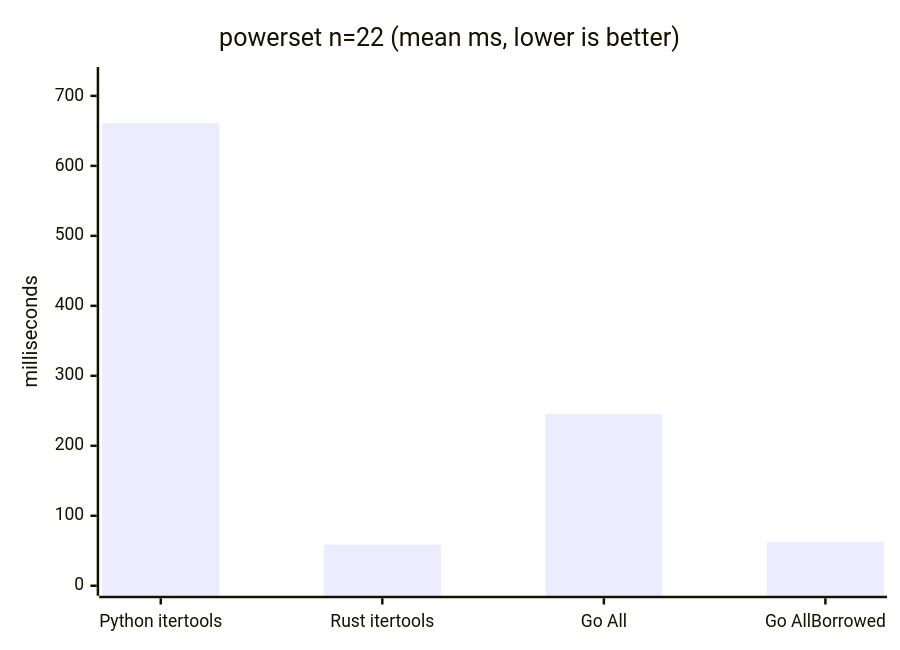
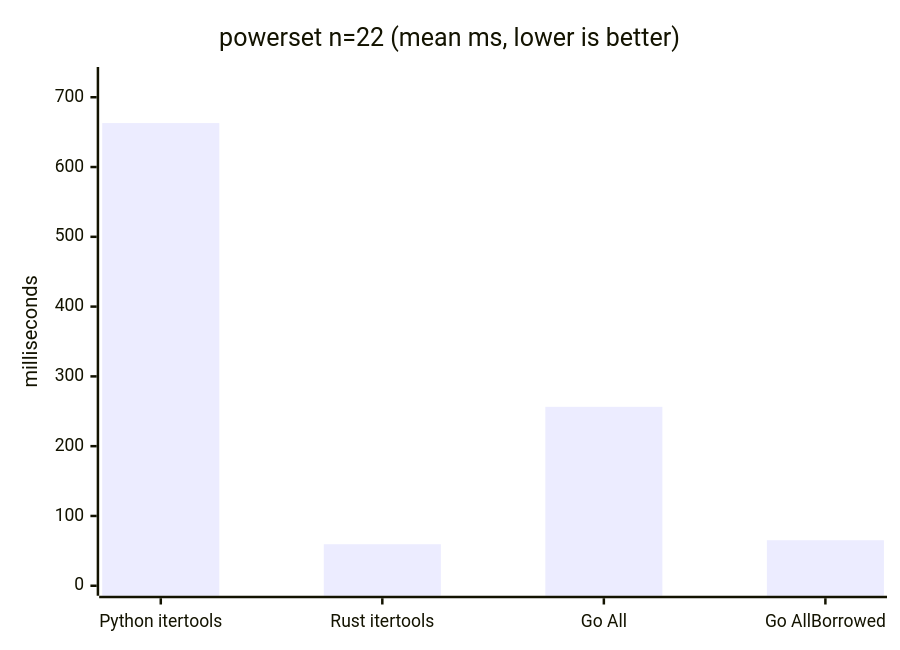
Before and after one commit to natemcintosh/gocombinatorics: the tenth of 10 diagrams in bench/RESULTS.md, drawn with Mermaid. The commit also changed other lines of this file and 1 other file, not shown here.

````diff
--- a/bench/RESULTS.md
+++ b/bench/RESULTS.md
@@ -224,7 +224,7 @@
 ```mermaid
 xychart-beta
     title "powerset n=22 (mean ms, lower is better)"
     x-axis ["Python itertools", "Rust itertools", "Go All", "Go AllBorrowed"]
-    y-axis "milliseconds" 0 --> 727
-    bar [661.1, 58.7, 245.2, 62.9]
+    y-axis "milliseconds" 0 --> 729
+    bar [663.0, 59.5, 256.4, 65.2]
 ```
````
